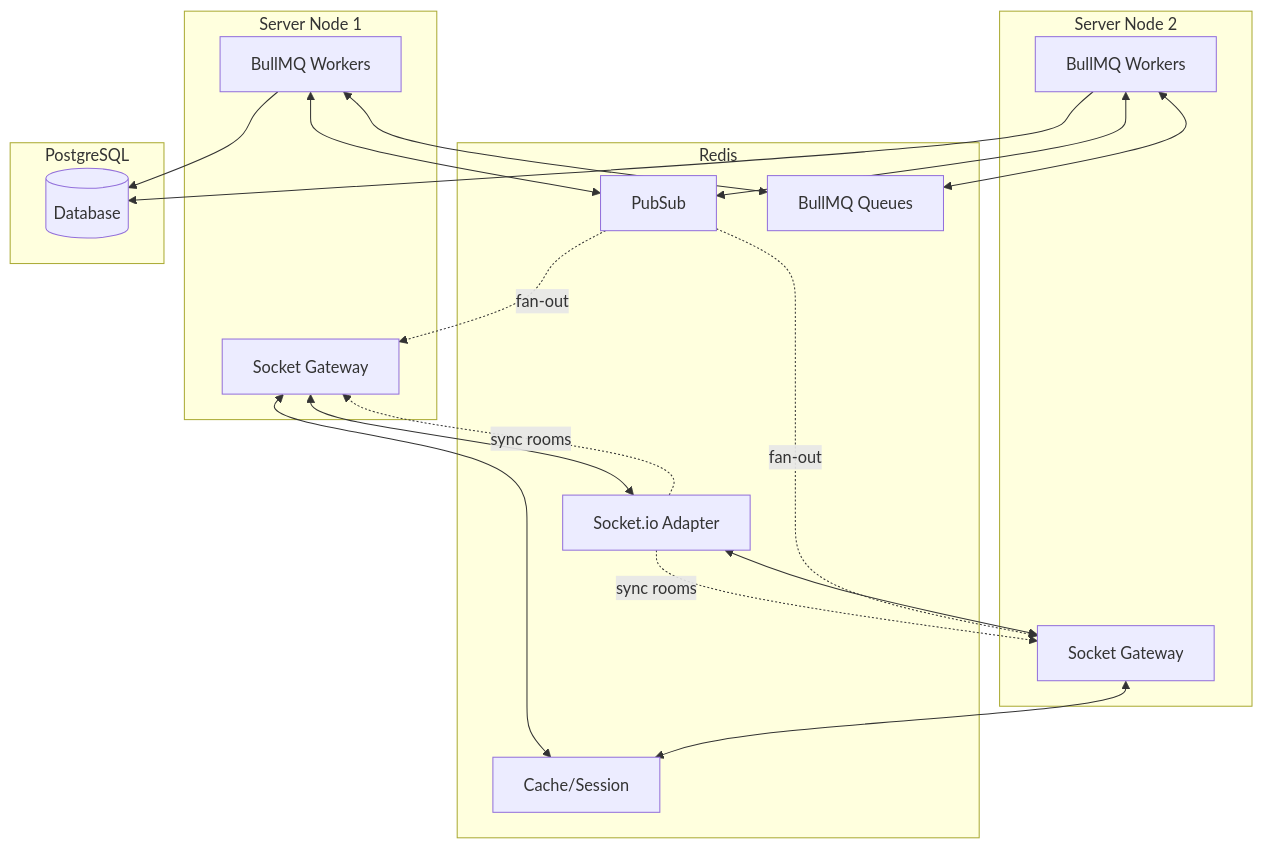
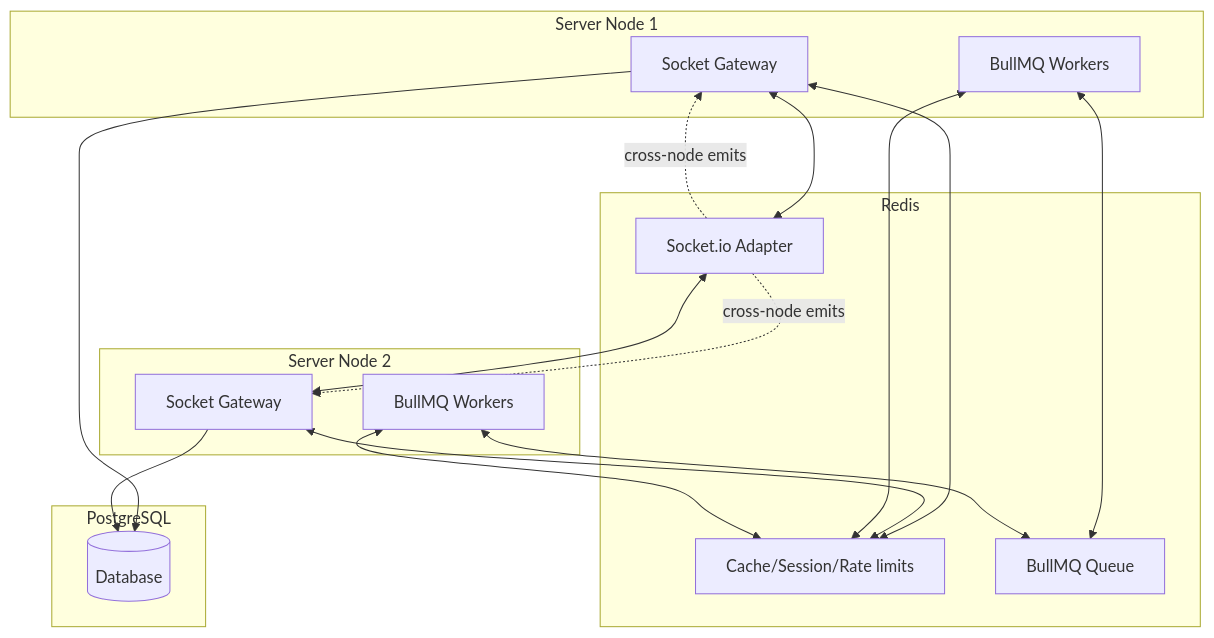
Before and after one commit to BazilSuhail/ZEVRA-Server: the sixth of 7 diagrams in README.md, drawn with Mermaid. The commit also changed other lines of this file and 125 other files, not shown here.

````diff
--- a/README.md
+++ b/README.md
@@ -219,39 +196,36 @@
 ```mermaid
 graph TB
     subgraph Node1["Server Node 1"]
         GW1[Socket Gateway]
         W1[BullMQ Workers]
     end
 
     subgraph Node2["Server Node 2"]
         GW2[Socket Gateway]
         W2[BullMQ Workers]
     end
 
     subgraph Redis["Redis"]
         AD[Socket.io Adapter]
-        PS[PubSub]
-        Cache[Cache/Session]
-        Q[BullMQ Queues]
+        Cache[Cache/Session/Rate limits]
+        Q[BullMQ Queue]
     end
 
     subgraph PG["PostgreSQL"]
         DB[(Database)]
     end
 
     GW1 <--> AD
     GW2 <--> AD
     W1 <--> Q
     W2 <--> Q
-    W1 <--> PS
-    W2 <--> PS
     GW1 <--> Cache
     GW2 <--> Cache
-    W1 --> DB
-    W2 --> DB
+    W1 <--> Cache
+    W2 <--> Cache
+    GW1 --> DB
+    GW2 --> DB
 
-    AD -.->|sync rooms| GW1
-    AD -.->|sync rooms| GW2
-    PS -.->|fan-out| GW1
-    PS -.->|fan-out| GW2
+    AD -.->|cross-node emits| GW1
+    AD -.->|cross-node emits| GW2
 ```
````
